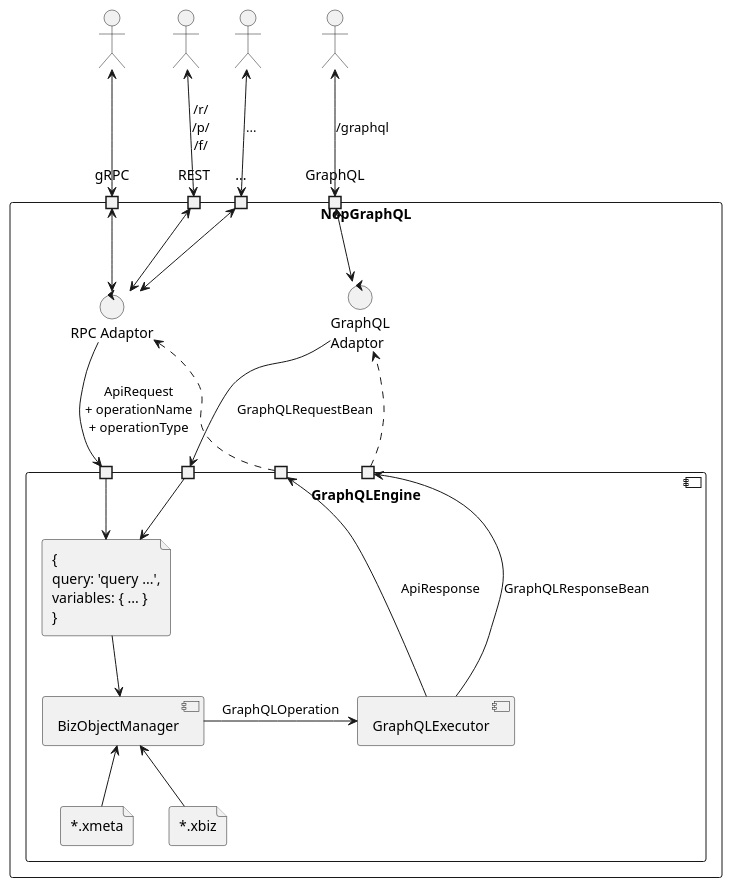
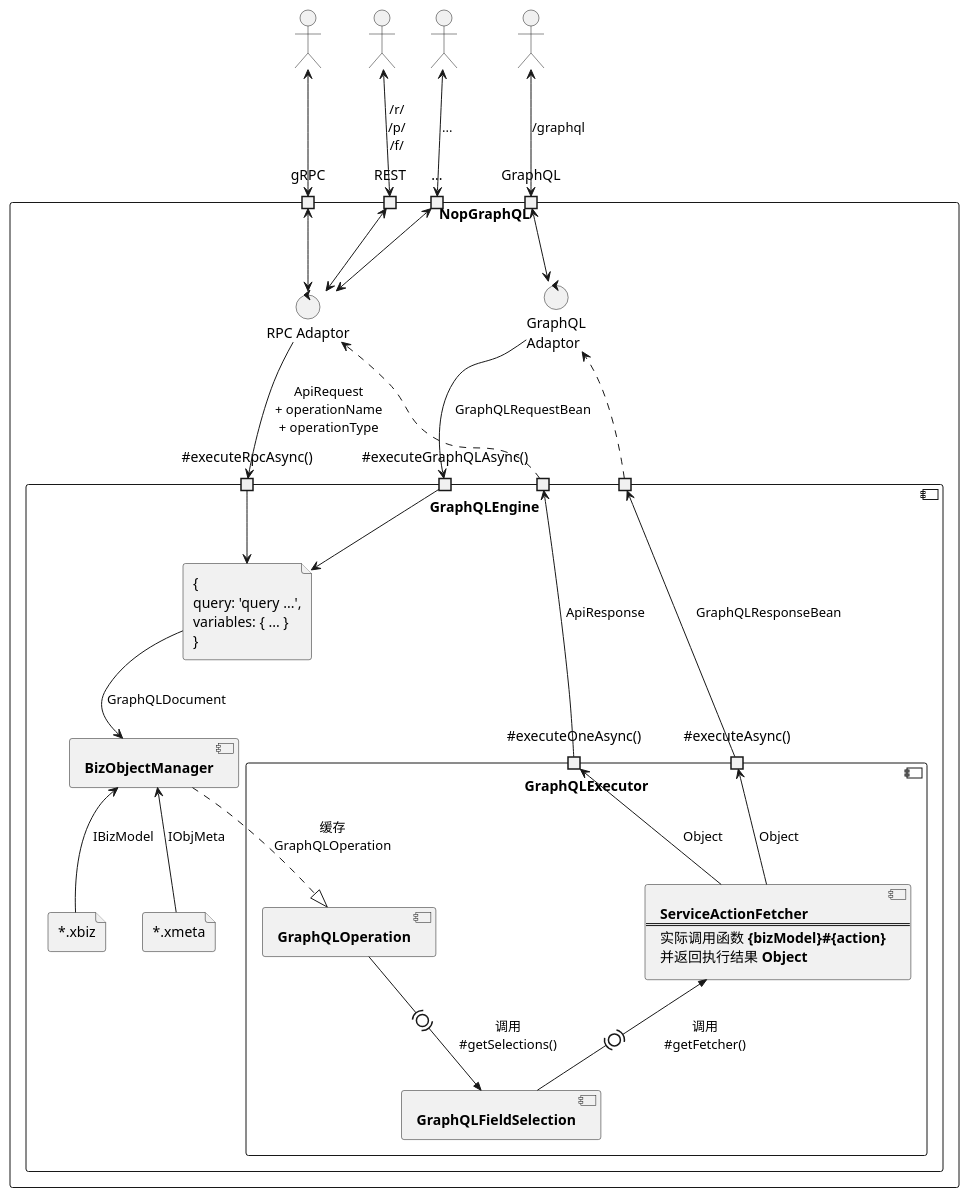
Before and after one commit to crazydan-studio/nop.crazydan.io: the first of 6 diagrams in docs/400.implement/400.component/100.graphql.md, drawn with PlantUML.

Commit message:
Docs: 更新章节<NopGraphQL 引擎>

```diff
--- a/docs/400.implement/400.component/100.graphql.md
+++ b/docs/400.implement/400.component/100.graphql.md
@@ -39,13 +39,41 @@
   control "RPC Adaptor" as api_rpc_adaptor
 
   component "GraphQLEngine" as engine {
-    port " " as api_call_graphql
-    port " " as api_call_rpc
+    port "~#executeGraphQLAsync()" as api_call_graphql
+    port "~#executeRpcAsync()" as api_call_rpc
     port " " as api_return_graphql
     port " " as api_return_rpc
 
-    component "BizObjectManager" as biz_obj_man
-    component "GraphQLExecutor" as executor
+    component biz_obj_man [
+      <b>BizObjectManager
+    ]
+    component "GraphQLExecutor" as executor {
+      port "~#executeAsync()" as action_graphql
+      port "~#executeOneAsync()" as action_rpc
+
+      component op [
+        <b>GraphQLOperation
+      ]
+      component selection [
+        <b>GraphQLFieldSelection
+      ]
+
+      component action [
+        <b>ServiceActionFetcher
+        ====
+        实际调用函数 <b>{bizModel}#{action}
+        并返回执行结果 <b>Object
+      ]
+
+      op -down(0)->> selection: 调用\n~#getSelections()
+      selection -up(0)->> action: 调用\n~#getFetcher()
+
+      action -up-> action_graphql: Object
+      action -up-> action_rpc: Object
+
+      action_graphql -> api_return_graphql: GraphQLResponseBean
+      action_rpc -> api_return_rpc: ApiResponse
+    }
 
     file "{\nquery: 'query ...',\nvariables: { ... }\n}" as query
     file "~*.xmeta" as xmeta
@@ -57,14 +85,11 @@
     api_return_graphql .> api_graphql_adaptor
     api_return_rpc .> api_rpc_adaptor
 
-    executor -> api_return_graphql: GraphQLResponseBean
-    executor -> api_return_rpc: ApiResponse
+    query -down-> biz_obj_man: GraphQLDocument
+    xmeta -up-> biz_obj_man: IObjMeta
+    xbiz -up-> biz_obj_man: IBizModel
 
-    query -down-> biz_obj_man
-    xmeta -up-> biz_obj_man
-    xbiz -up-> biz_obj_man
-
-    biz_obj_man -right-> executor: GraphQLOperation
+    biz_obj_man ..|> op: 缓存\nGraphQLOperation
   }
 
   api_p1 <-down-> api_graphql_adaptor
```
